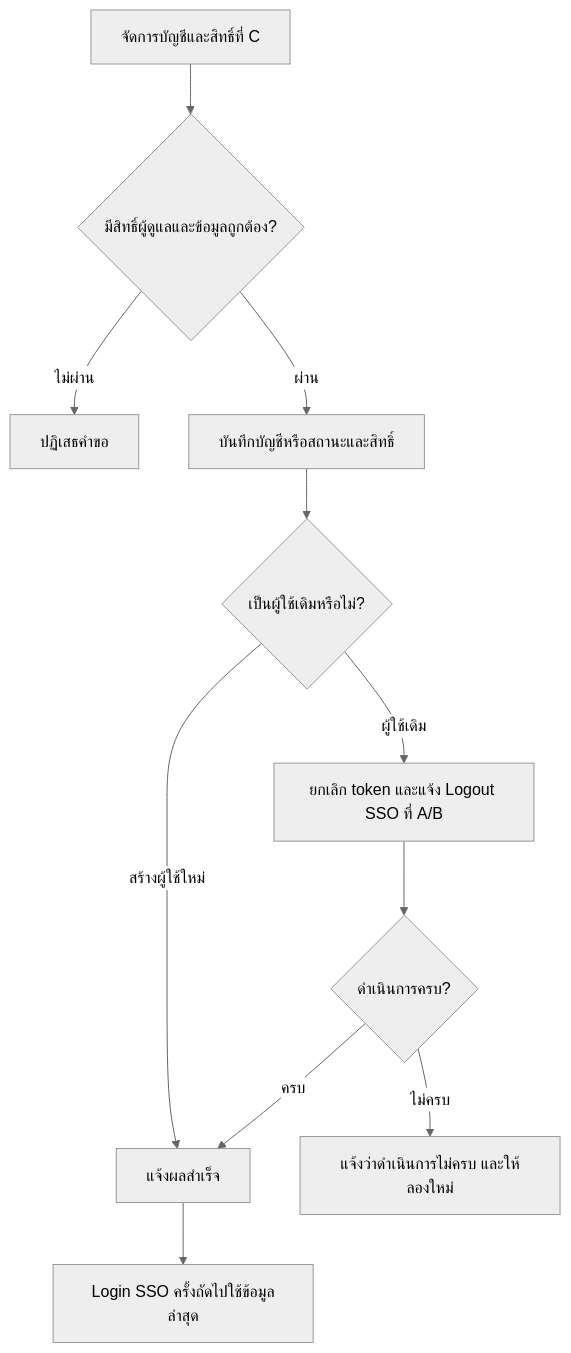
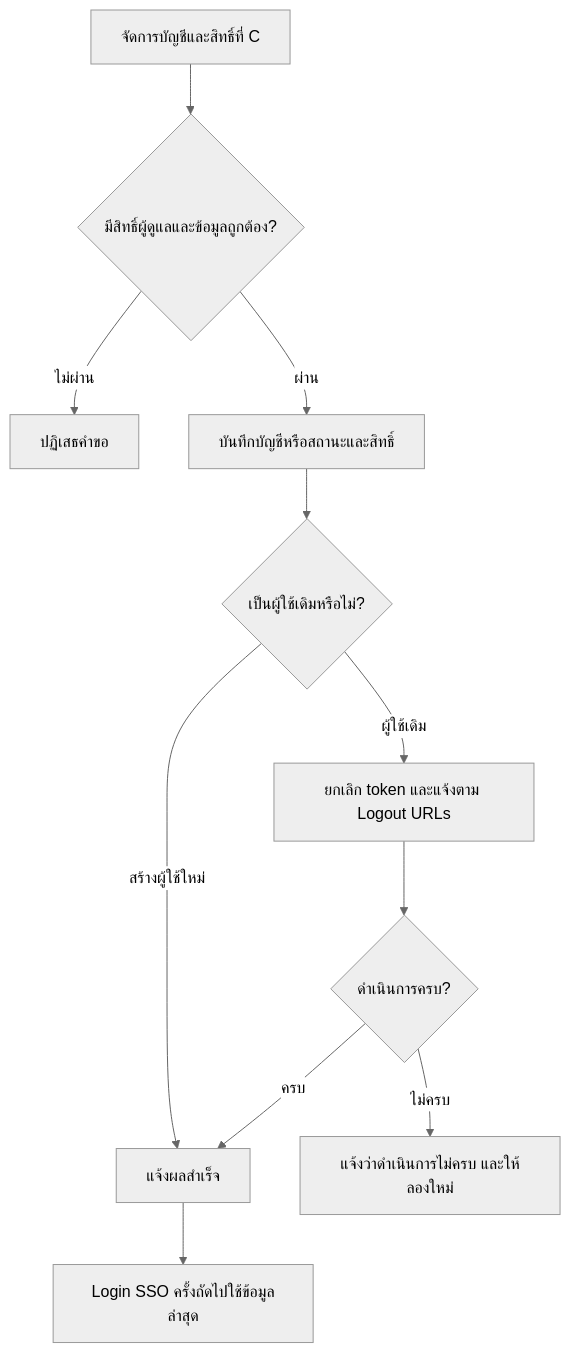
Before and after one commit to Sin1apachai/poc_sso: diagram 20 of 22 in docs/flows/LOGIN-AND-SESSION.md, drawn with Mermaid (neutral theme). The commit also changed other lines of this file and 58 other files, not shown here.

Commit message:
Unify SSO logout targets and document native heartbeat settings

````diff
--- a/docs/flows/LOGIN-AND-SESSION.md
+++ b/docs/flows/LOGIN-AND-SESSION.md
@@ -485,13 +492,13 @@
 ```mermaid
 flowchart TD
     S[จัดการบัญชีและสิทธิ์ที่ C] --> V{มีสิทธิ์ผู้ดูแลและข้อมูลถูกต้อง?}
     V -->|ไม่ผ่าน| E[ปฏิเสธคำขอ]
     V -->|ผ่าน| D[บันทึกบัญชีหรือสถานะและสิทธิ์]
     D --> T{เป็นผู้ใช้เดิมหรือไม่?}
     T -->|สร้างผู้ใช้ใหม่| H[แจ้งผลสำเร็จ]
-    T -->|ผู้ใช้เดิม| K[ยกเลิก token และแจ้ง Logout SSO ที่ A/B]
+    T -->|ผู้ใช้เดิม| K[ยกเลิก token และแจ้งตาม Logout URLs]
     K --> R{ดำเนินการครบ?}
     R -->|ครบ| H
     R -->|ไม่ครบ| F[แจ้งว่าดำเนินการไม่ครบ และให้ลองใหม่]
     H --> N[Login SSO ครั้งถัดไปใช้ข้อมูลล่าสุด]
 ```
````
